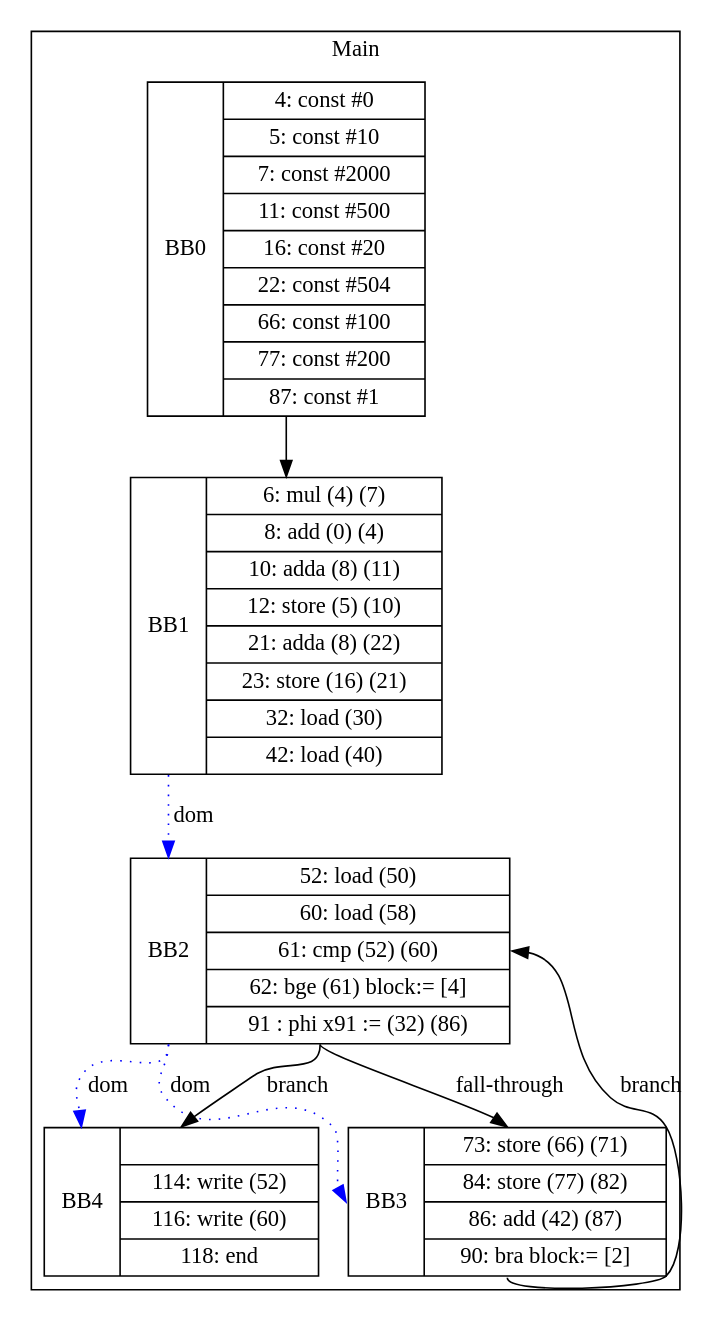
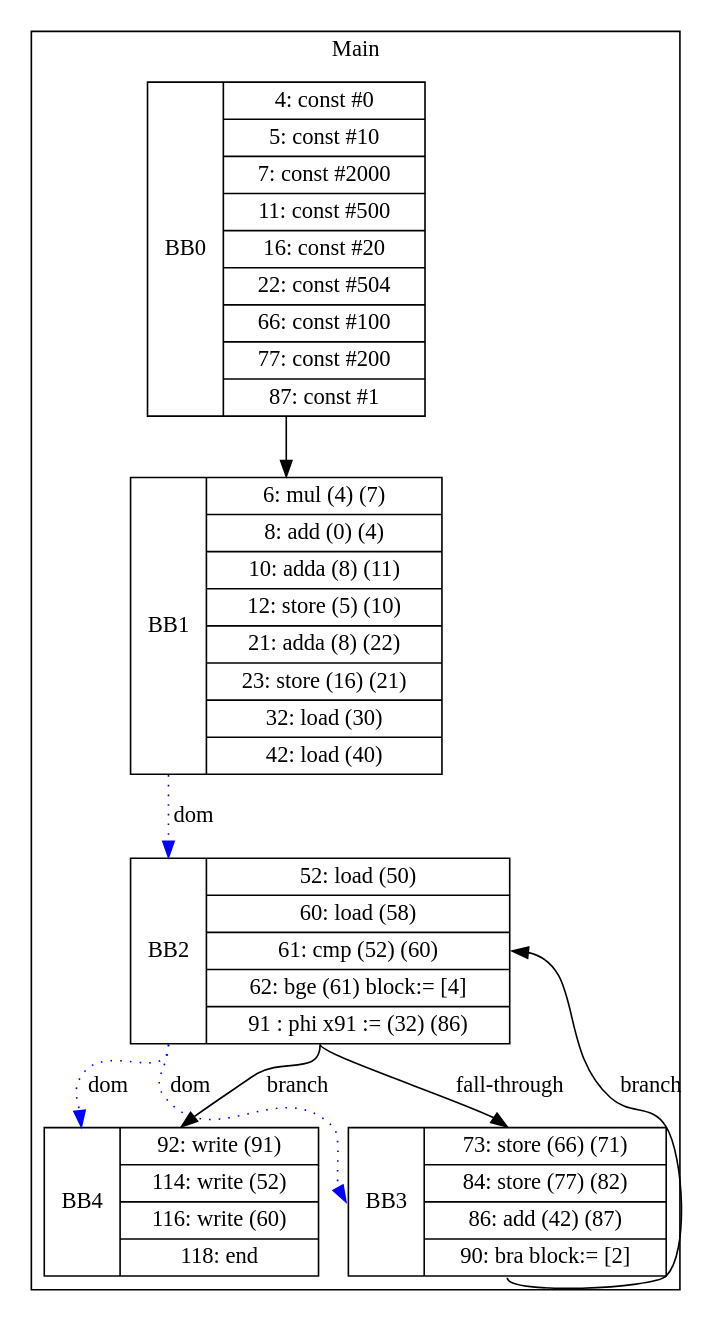
The diagram in visualization/Hongyu/while/test1.gv (zjc664656505/UCI-CS241-Advanced-Compiler-main), drawn with Graphviz before and after one commit. The commit also changed 26 other files, not shown here.

```diff
--- a/visualization/Hongyu/while/test1.gv
+++ b/visualization/Hongyu/while/test1.gv
@@ -1,18 +1,18 @@
 digraph G {
 node [shape=record];
 subgraph cluster_main{
 label = "Main";
 BB0 [shape=record, label="<b>BB0|{4: const #0|5: const #10|7: const #2000|11: const #500|16: const #20|22: const #504|66: const #100|77: const #200|87: const #1}"];
 BB1 [shape=record, label="<b>BB1|{6: mul (4) (7)|8: add (0) (4)|10: adda (8) (11)|12: store (5) (10)|21: adda (8) (22)|23: store (16) (21)|32: load (30)|42: load (40)}"];
 BB2 [shape=record, label="<b>BB2|{52: load (50)|60: load (58)|61: cmp (52) (60)|62: bge (61) block:= [4]|91 : phi x91 := (32) (86)}"];
 BB3 [shape=record, label="<b>BB3|{73: store (66) (71)|84: store (77) (82)|86: add (42) (87)|90: bra block:= [2]}"];
-BB4 [shape=record, label="<b>BB4|{|114: write (52)|116: write (60)|118: end}"];
+BB4 [shape=record, label="<b>BB4|{92: write (91)|114: write (52)|116: write (60)|118: end}"];
 }
 BB0:s -> BB1:n ;
 BB2:b -> BB3:b [color=blue, style=dotted, label="dom"];
 BB2:b -> BB4:b [color=blue, style=dotted, label="dom"];
 BB1:b -> BB2:b [color=blue, style=dotted, label="dom"];
 BB2:s -> BB4:n [label="branch"];
 BB3:s -> BB2:e [label="branch"];
 BB2:s -> BB3:n [label="fall-through"];
 }
```
